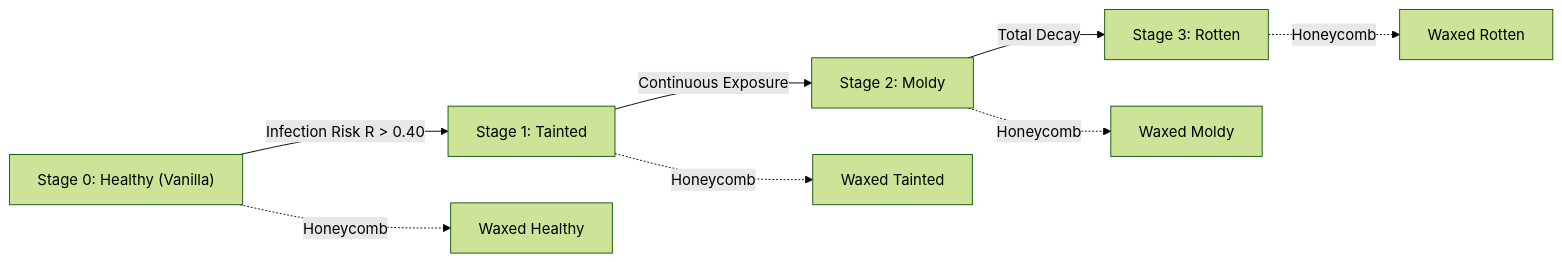
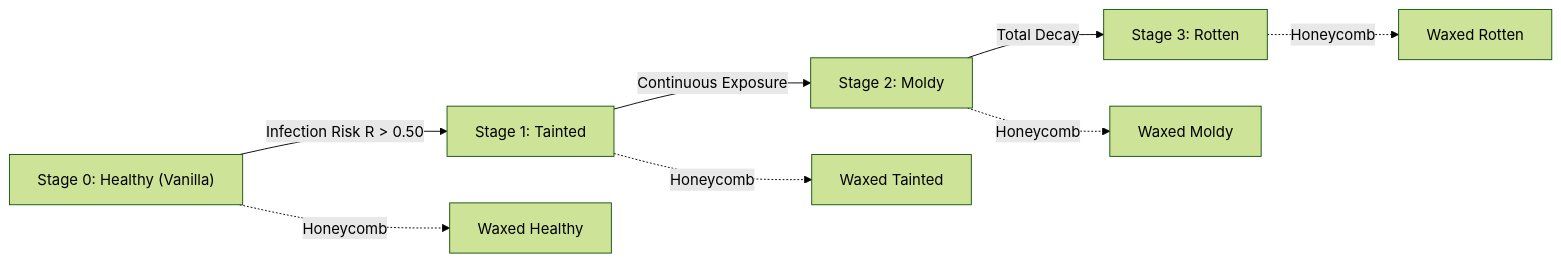
One commit to rcky0802/spores--shadows changed the first of 4 diagrams in docs/en.md. Above: the diagram before and after it, drawn with Mermaid (forest theme). The commit also changed other lines of this file and 9 other files, not shown here.

````diff
--- a/docs/en.md
+++ b/docs/en.md
@@ -28,11 +28,11 @@
 ```mermaid
 graph LR
-    A["Stage 0: Healthy (Vanilla)"] -->|Infection Risk R > 0.40| B["Stage 1: Tainted"]
+    A["Stage 0: Healthy (Vanilla)"] -->|Infection Risk R > 0.50| B["Stage 1: Tainted"]
     B -->|Continuous Exposure| C["Stage 2: Moldy"]
     C -->|Total Decay| D["Stage 3: Rotten"]
     
     A -.->|Honeycomb| WA["Waxed Healthy"]
     B -.->|Honeycomb| WB["Waxed Tainted"]
     C -.->|Honeycomb| WC["Waxed Moldy"]
     D -.->|Honeycomb| WD["Waxed Rotten"]
 ```
````
